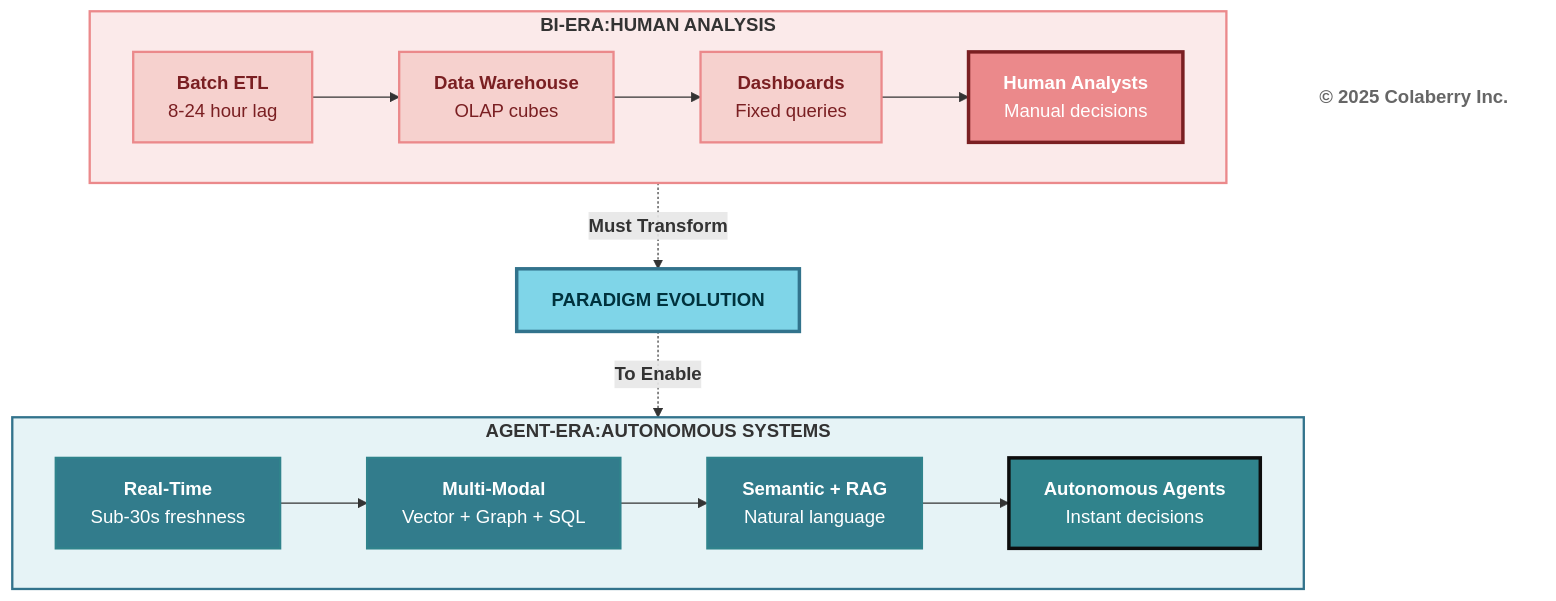
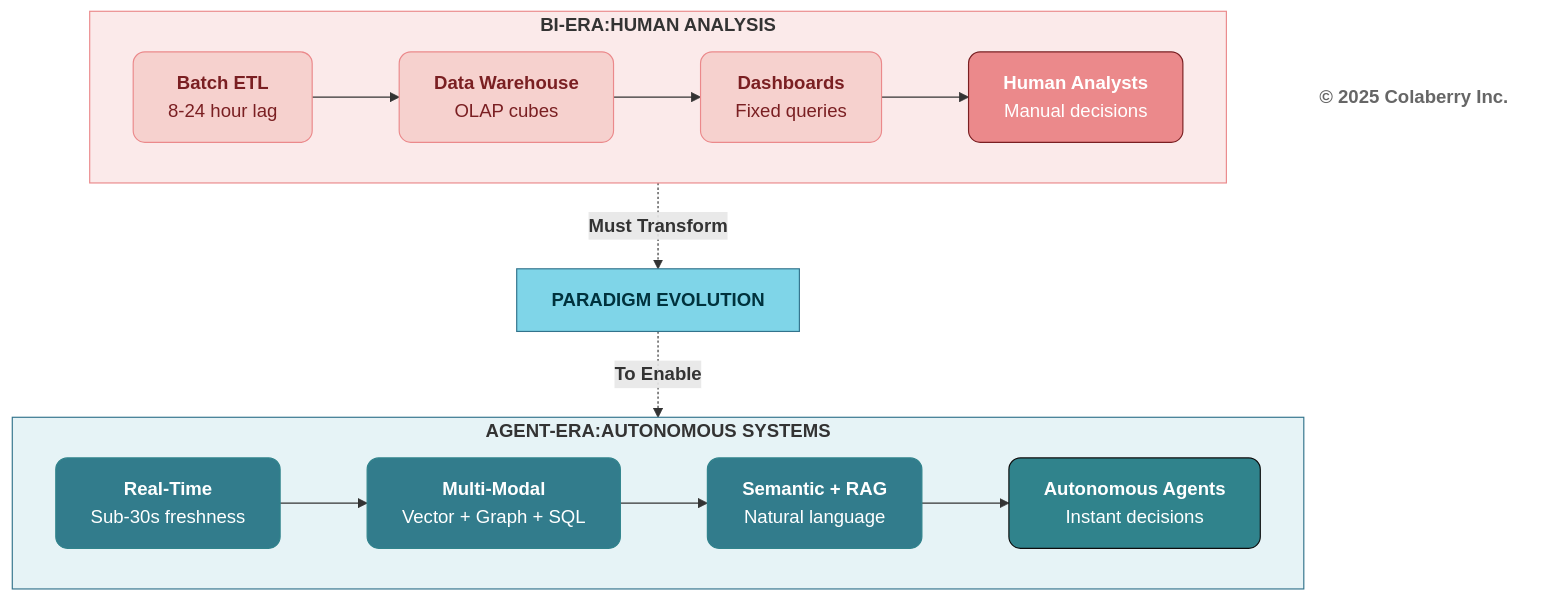
One commit to colaberry/trust-before-intelligence-book changed the third of 4 diagrams in manuscript/04_chapter_3_from_bi_to_agent.md. Above: the diagram before and after it, drawn with Mermaid. The commit also changed other lines of this file and 12 other files, not shown here.

````diff
--- a/manuscript/04_chapter_3_from_bi_to_agent.md
+++ b/manuscript/04_chapter_3_from_bi_to_agent.md
@@ -204,48 +204,48 @@
 ```mermaid
 graph TB
     subgraph old["<b>BI-ERA:HUMAN ANALYSIS</b>"]
         direction LR
         O1["<b>Batch ETL</b><br/>8-24 hour lag"]
         O2["<b>Data Warehouse</b><br/>OLAP cubes"]
         O3["<b>Dashboards</b><br/>Fixed queries"]
         O4["<b>Human Analysts</b><br/>Manual decisions"]
         
         O1 --> O2 --> O3 --> O4
     end
     
     Shift["<b>PARADIGM EVOLUTION</b>"]
     
     subgraph new["<b>AGENT-ERA:AUTONOMOUS     SYSTEMS</b>"]
         direction LR
         N1["<b>Real-Time</b><br/>Sub-30s freshness"]
         N2["<b>Multi-Modal</b><br/>Vector + Graph + SQL"]
         N3["<b>Semantic + RAG</b><br/>Natural language"]
         N4["<b>Autonomous Agents</b><br/>Instant decisions"]
         
         N1 --> N2 --> N3 --> N4
     end
 
     old -.->|<b>Must Transform</b>| Shift
     Shift -.->|<b>To Enable</b>| new
 
     %% BI ERA — Problems / Failures (CORAL)
-    style old fill:#FBEAEA,stroke:#EB898B,stroke-width:2px
-    style O1 fill:#F6D1CE,stroke:#EB898B,stroke-width:2px,color:#7A1F22
-    style O2 fill:#F6D1CE,stroke:#EB898B,stroke-width:2px,color:#7A1F22
-    style O3 fill:#F6D1CE,stroke:#EB898B,stroke-width:2px,color:#7A1F22
-    style O4 fill:#EB898B,color:#ffffff,stroke:#7A1F22,stroke-width:3px
+    style old fill:#FBEAEA,stroke:#EB898B,stroke-width:1px
+    style O1 fill:#F6D1CE,stroke:#EB898B,stroke-width:1px,color:#7A1F22,rx:10,ry:10
+    style O2 fill:#F6D1CE,stroke:#EB898B,stroke-width:1px,color:#7A1F22,rx:10,ry:10
+    style O3 fill:#F6D1CE,stroke:#EB898B,stroke-width:1px,color:#7A1F22,rx:10,ry:10
+    style O4 fill:#EB898B,color:#ffffff,stroke:#7A1F22,stroke-width:1px,rx:10,ry:10
 
     %% TRANSITION — Neutral / Informative (LIGHT CYAN)
-    style Shift fill:#7FD5E8,stroke:#32738C,stroke-width:3px,color:#00323D
+    style Shift fill:#7FD5E8,stroke:#32738C,stroke-width:1px,color:#00323D
 
     %% AGENT ERA — Solutions / Modern (TEAL)
-    style new fill:#E6F3F6,stroke:#32738C,stroke-width:2px
-    style N1 fill:#327C8C,stroke:#30838C,stroke-width:2px,color:#ffffff
-    style N2 fill:#327C8C,stroke:#30838C,stroke-width:2px,color:#ffffff
-    style N3 fill:#327C8C,stroke:#30838C,stroke-width:2px,color:#ffffff
-    style N4 fill:#30838C,color:#ffffff,stroke:#0D0D0D,stroke-width:3px
+    style new fill:#E6F3F6,stroke:#32738C,stroke-width:1px
+    style N1 fill:#327C8C,stroke:#30838C,stroke-width:1px,color:#ffffff,rx:10,ry:10
+    style N2 fill:#327C8C,stroke:#30838C,stroke-width:1px,color:#ffffff,rx:10,ry:10
+    style N3 fill:#327C8C,stroke:#30838C,stroke-width:1px,color:#ffffff,rx:10,ry:10
+    style N4 fill:#30838C,color:#ffffff,stroke:#0D0D0D,stroke-width:1px,rx:10,ry:10
 
     %% COPYRIGHT — Neutral
     Copyright["<b>© 2025 Colaberry Inc.</b>"]
-    style Copyright fill:#ffffff,stroke:none,color:#666666
+    style Copyright fill:none,stroke:none,color:#666666
 ```
````
